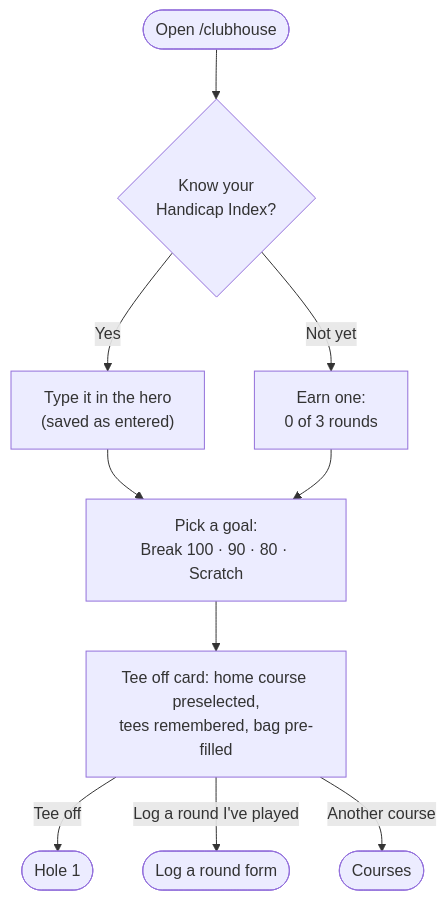
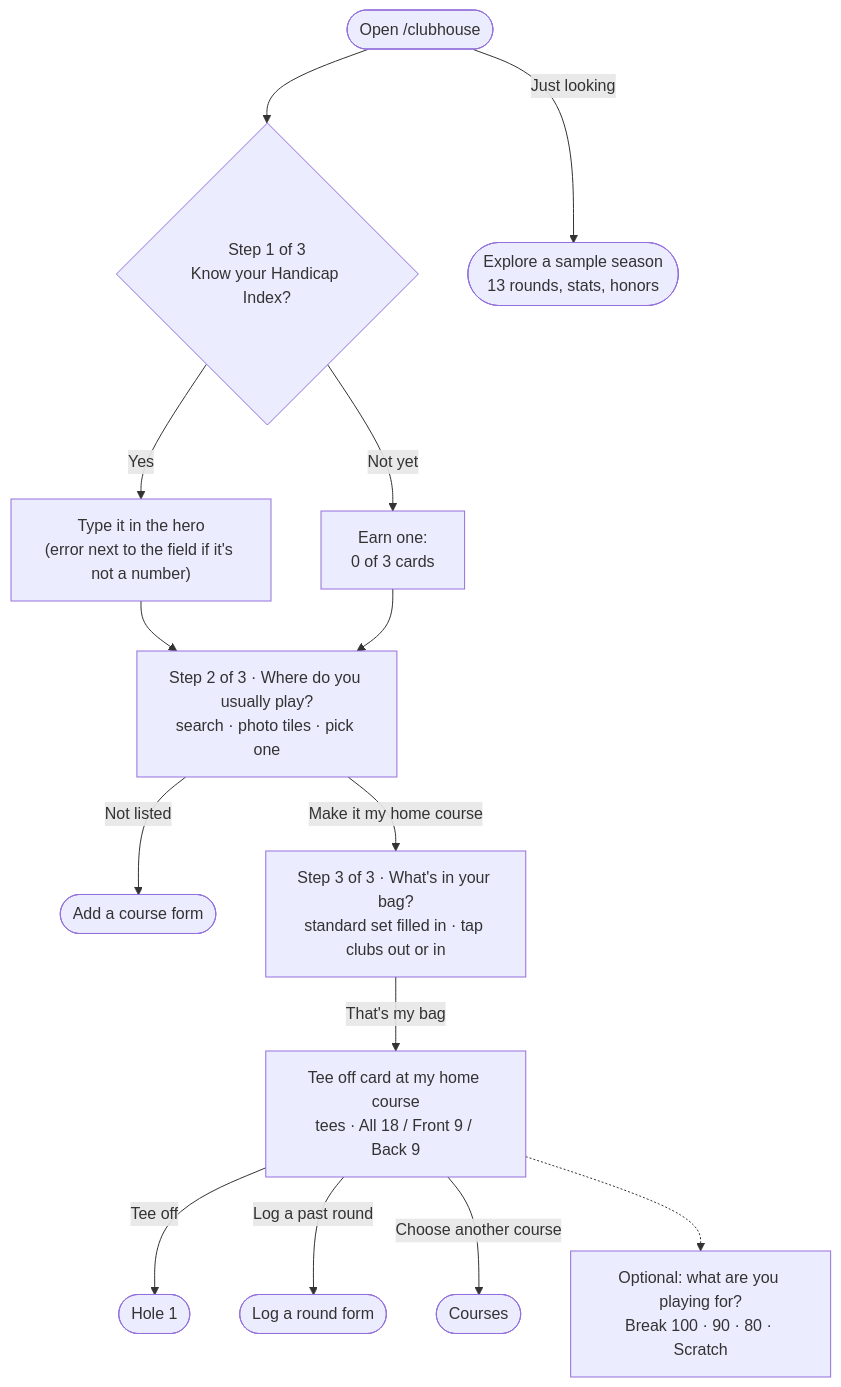
One commit to hewittw/18-eagles changed the first of 3 diagrams in README.md. Above: the diagram before and after it, drawn with Mermaid. The commit also changed other lines of this file and 4 other files, not shown here.

First line of the commit message:
docs: first-visit flow with setup steps, reason-to-come-back and accessibility sections in the README

````diff
--- a/README.md
+++ b/README.md
@@ -28,12 +30,16 @@
 ```mermaid
 flowchart TD
-  A0([Open /clubhouse]) --> A1{"Know your<br/>Handicap Index?"}
-  A1 -- "Yes" --> A2["Type it in the hero<br/>(saved as entered)"]
-  A1 -- "Not yet" --> A3["Earn one:<br/>0 of 3 rounds"]
-  A2 --> A4["Pick a goal:<br/>Break 100 · 90 · 80 · Scratch"]
-  A3 --> A4
-  A4 --> A5["Tee off card: home course preselected,<br/>tees remembered, bag pre-filled"]
+  A0([Open /clubhouse]) --> A1{"Step 1 of 3<br/>Know your Handicap Index?"}
+  A1 -- "Yes" --> A2["Type it in the hero<br/>(error next to the field if it's not a number)"]
+  A1 -- "Not yet" --> A3["Earn one:<br/>0 of 3 cards"]
+  A0 -- "Just looking" --> D1(["Explore a sample season<br/>13 rounds, stats, honors"])
+  A2 --> B1["Step 2 of 3 · Where do you usually play?<br/>search · photo tiles · pick one"]
+  A3 --> B1
+  B1 -- "Not listed" --> B2([Add a course form])
+  B1 -- "Make it my home course" --> B3["Step 3 of 3 · What's in your bag?<br/>standard set filled in · tap clubs out or in"]
+  B3 -- "That's my bag" --> A5["Tee off card at my home course<br/>tees · All 18 / Front 9 / Back 9"]
   A5 -- "Tee off" --> A6([Hole 1])
-  A5 -- "Log a round I've played" --> A7([Log a round form])
-  A5 -- "Another course" --> A8([Courses])
+  A5 -- "Log a past round" --> A7([Log a round form])
+  A5 -- "Choose another course" --> A8([Courses])
+  A5 -.-> G1["Optional: what are you playing for?<br/>Break 100 · 90 · 80 · Scratch"]
 ```
````
